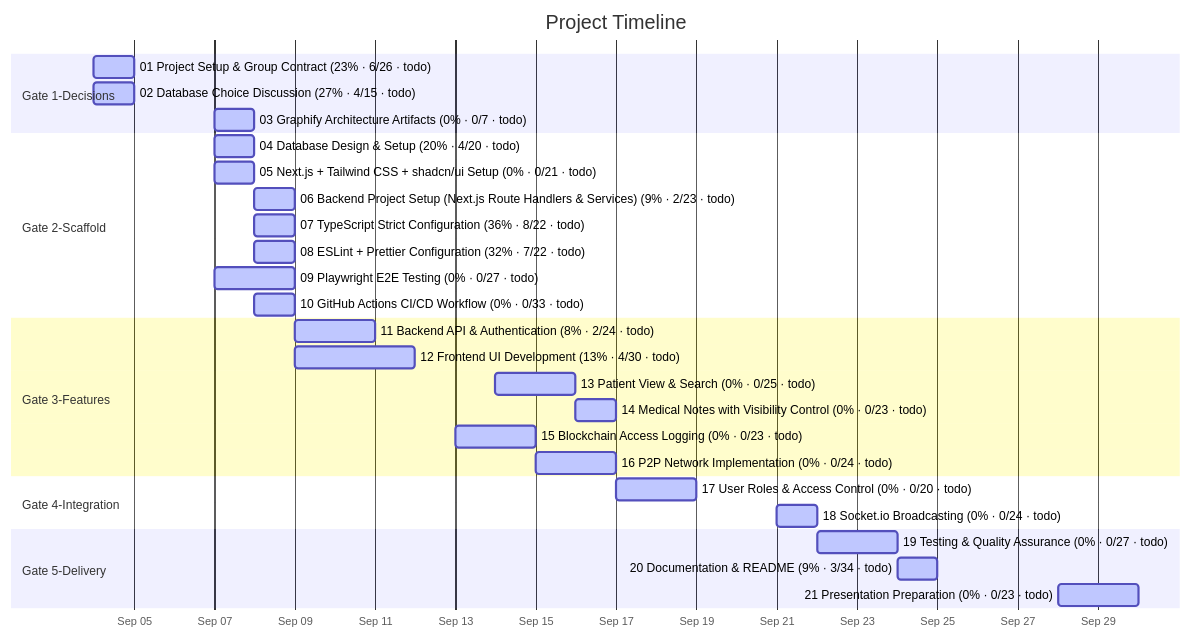
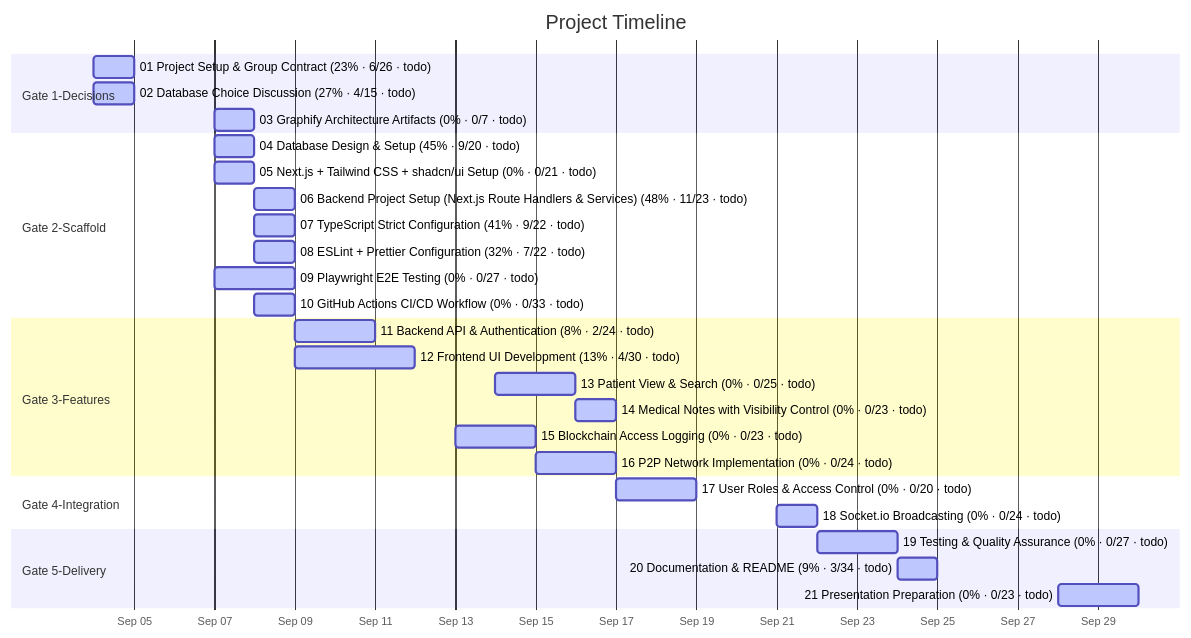
Before and after one commit to matdevstamp/inl-3-awesome-journal: the diagram in docs/diagrams/task-gantt.md, drawn with Mermaid. The commit also changed 26 other files, not shown here.

Commit message:
feat: add prisma data model and next.js backend skeleton

````diff
--- a/docs/diagrams/task-gantt.md
+++ b/docs/diagrams/task-gantt.md
@@ -25,33 +25,33 @@
 ```mermaid
 gantt
     title Project Timeline
     dateFormat  YYYY-MM-DD
     axisFormat  %b %d
 
     section Gate 1-Decisions
     01 Project Setup & Group Contract (23% · 6/26 · todo) : active, 2026-09-04, 1d
     02 Database Choice Discussion (27% · 4/15 · todo) : active, 2026-09-04, 1d
     03 Graphify Architecture Artifacts (0% · 0/7 · todo) : active, 2026-09-07, 1d
     section Gate 2-Scaffold
-    04 Database Design & Setup (20% · 4/20 · todo) : active, 2026-09-07, 1d
+    04 Database Design & Setup (45% · 9/20 · todo) : active, 2026-09-07, 1d
     05 Next.js + Tailwind CSS + shadcn/ui Setup (0% · 0/21 · todo) : active, 2026-09-07, 1d
-    06 Backend Project Setup (Next.js Route Handlers & Services) (9% · 2/23 · todo) : active, 2026-09-08, 1d
-    07 TypeScript Strict Configuration (36% · 8/22 · todo) : active, 2026-09-08, 1d
+    06 Backend Project Setup (Next.js Route Handlers & Services) (48% · 11/23 · todo) : active, 2026-09-08, 1d
+    07 TypeScript Strict Configuration (41% · 9/22 · todo) : active, 2026-09-08, 1d
     08 ESLint + Prettier Configuration (32% · 7/22 · todo) : active, 2026-09-08, 1d
     09 Playwright E2E Testing (0% · 0/27 · todo) : active, 2026-09-07, 2d
     10 GitHub Actions CI/CD Workflow (0% · 0/33 · todo) : active, 2026-09-08, 1d
     section Gate 3-Features
     11 Backend API & Authentication (8% · 2/24 · todo) : active, 2026-09-09, 2d
     12 Frontend UI Development (13% · 4/30 · todo) : active, 2026-09-09, 3d
     13 Patient View & Search (0% · 0/25 · todo) : active, 2026-09-14, 2d
     14 Medical Notes with Visibility Control (0% · 0/23 · todo) : active, 2026-09-16, 1d
     15 Blockchain Access Logging (0% · 0/23 · todo) : active, 2026-09-13, 2d
     16 P2P Network Implementation (0% · 0/24 · todo) : active, 2026-09-15, 2d
     section Gate 4-Integration
     17 User Roles & Access Control (0% · 0/20 · todo) : active, 2026-09-17, 2d
     18 Socket.io Broadcasting (0% · 0/24 · todo) : active, 2026-09-21, 1d
     section Gate 5-Delivery
     19 Testing & Quality Assurance (0% · 0/27 · todo) : active, 2026-09-22, 2d
     20 Documentation & README (9% · 3/34 · todo) : active, 2026-09-24, 1d
     21 Presentation Preparation (0% · 0/23 · todo) : active, 2026-09-28, 2d
 ```
````
